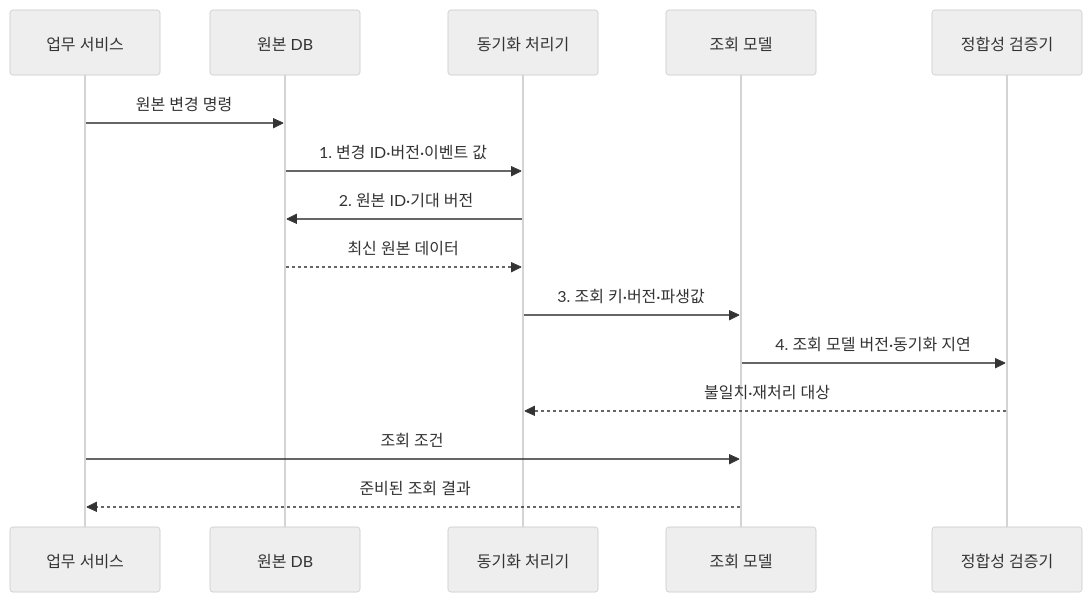
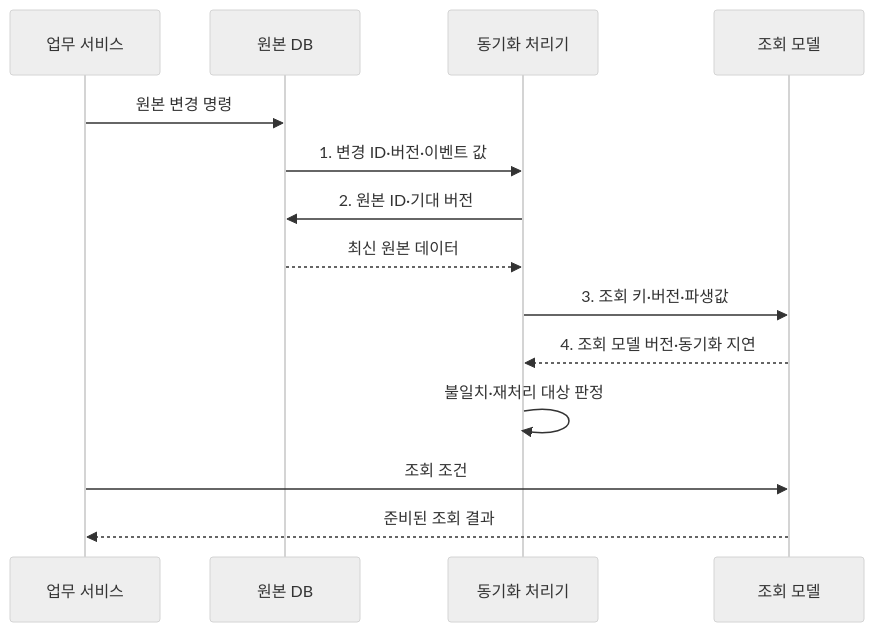
Before and after one commit to agnusdei1207/knowledge-base: the second of 2 diagrams in src/content/docs/notes/03-software/090_denormalization.md, drawn with Mermaid (neutral theme). The commit also changed 7 other files, not shown here.

Commit message:
Streamline software data diagrams

````diff
--- a/src/content/docs/notes/03-software/090_denormalization.md
+++ b/src/content/docs/notes/03-software/090_denormalization.md
@@ -105,17 +105,16 @@
 ```mermaid
 sequenceDiagram
     participant APP as 업무 서비스
     participant DB as 원본 DB
     participant SYNC as 동기화 처리기
     participant READ as 조회 모델
-    participant V as 정합성 검증기
     APP->>DB: 원본 변경 명령
     DB->>SYNC: 1. 변경 ID·버전·이벤트 값
     SYNC->>DB: 2. 원본 ID·기대 버전
     DB-->>SYNC: 최신 원본 데이터
     SYNC->>READ: 3. 조회 키·버전·파생값
-    READ->>V: 4. 조회 모델 버전·동기화 지연
-    V-->>SYNC: 불일치·재처리 대상
+    READ-->>SYNC: 4. 조회 모델 버전·동기화 지연
+    SYNC->>SYNC: 불일치·재처리 대상 판정
     APP->>READ: 조회 조건
     READ-->>APP: 준비된 조회 결과
 ```
````
